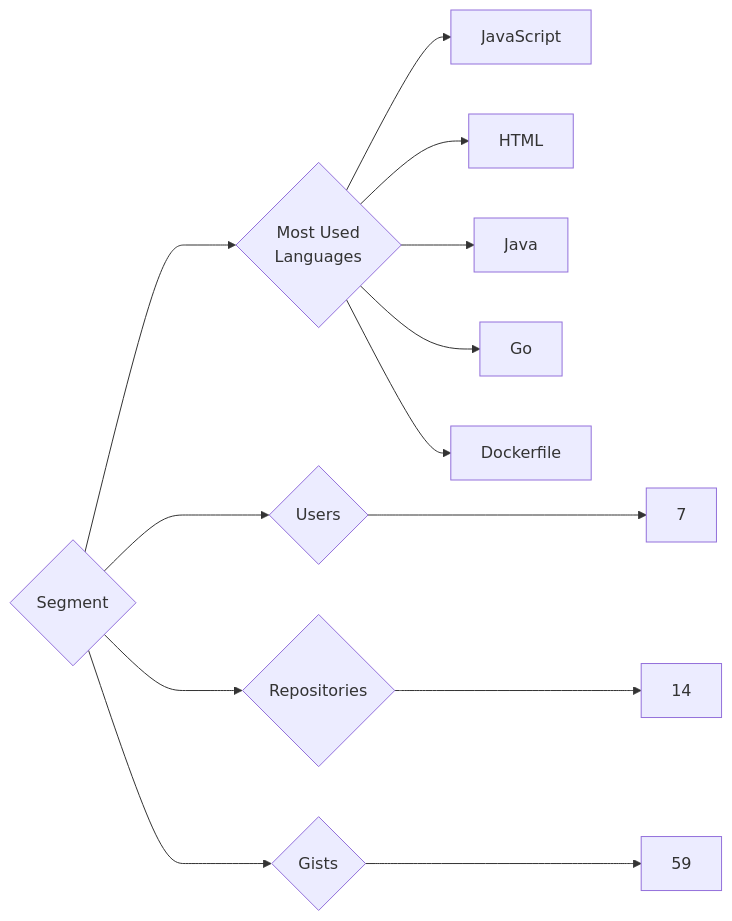
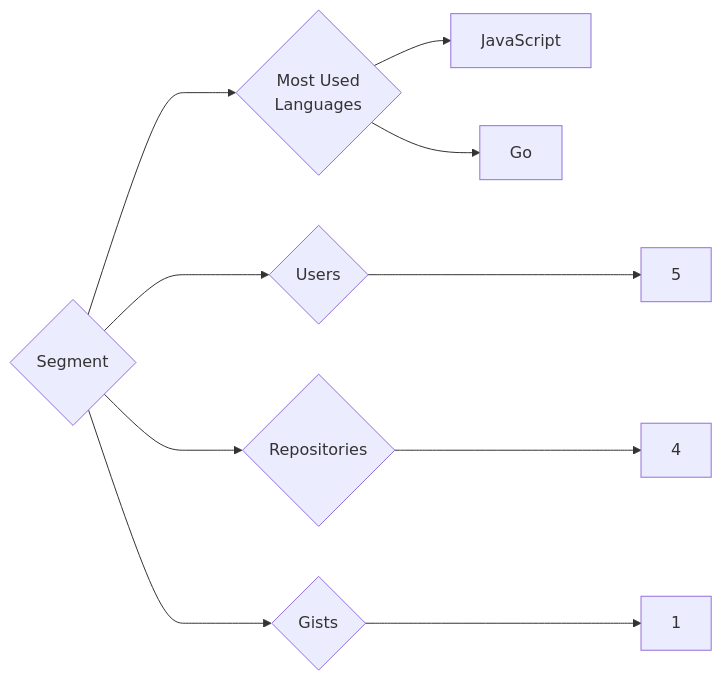
One commit to trickest/insiders changed the diagram in targets/Segment/README.md. Above: the diagram before and after it, drawn with Mermaid. The commit also changed 1508 other files, not shown here.

````diff
--- a/targets/Segment/README.md
+++ b/targets/Segment/README.md
@@ -3,13 +3,10 @@
 ```mermaid
 graph LR
 COMPANY_NAME{Segment}
-COMPANY_NAME ---> U{Users} ---> UN[7]
-COMPANY_NAME ---> R{Repositories} ---> RN[14]
-COMPANY_NAME ---> G{Gists} ---> GN[59]
+COMPANY_NAME ---> U{Users} ---> UN[5]
+COMPANY_NAME ---> R{Repositories} ---> RN[4]
+COMPANY_NAME ---> G{Gists} ---> GN[1]
 COMPANY_NAME ---> ML{Most Used<br>Languages}
 ML --> JavaScript[JavaScript]
-ML --> HTML[HTML]
-ML --> Java[Java]
 ML --> Go[Go]
-ML --> Dockerfile[Dockerfile]
 ```
````
